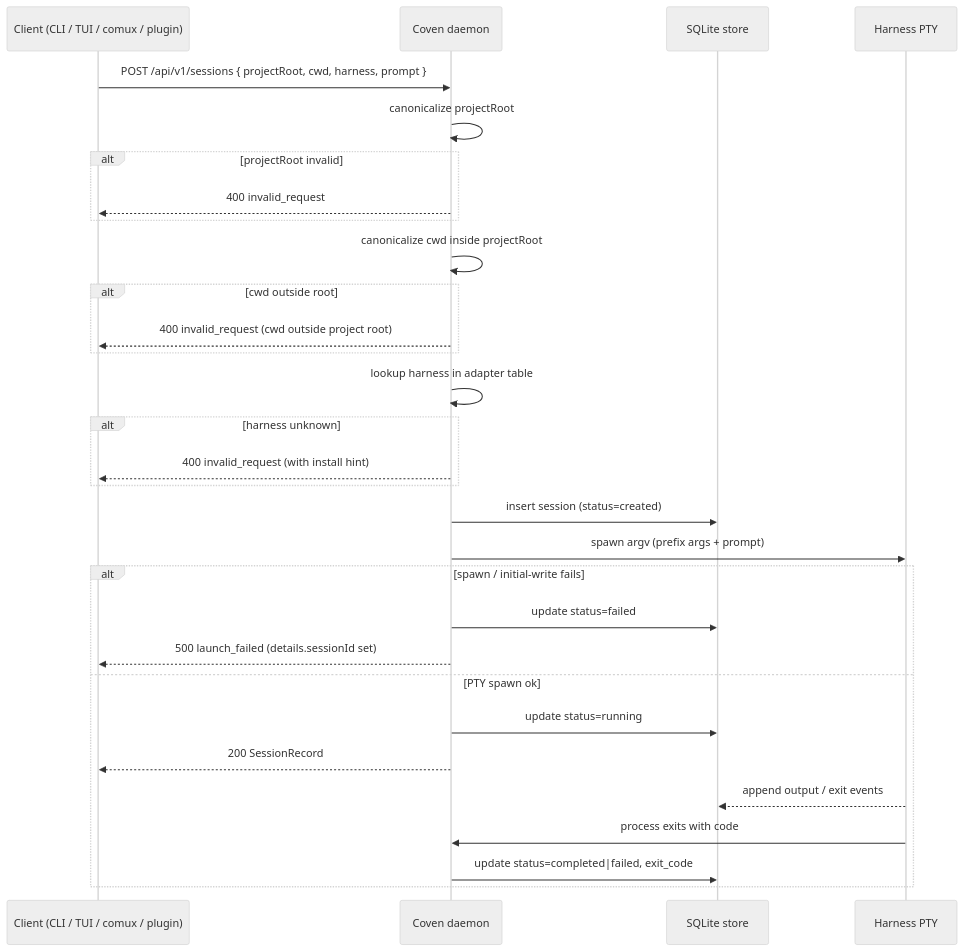
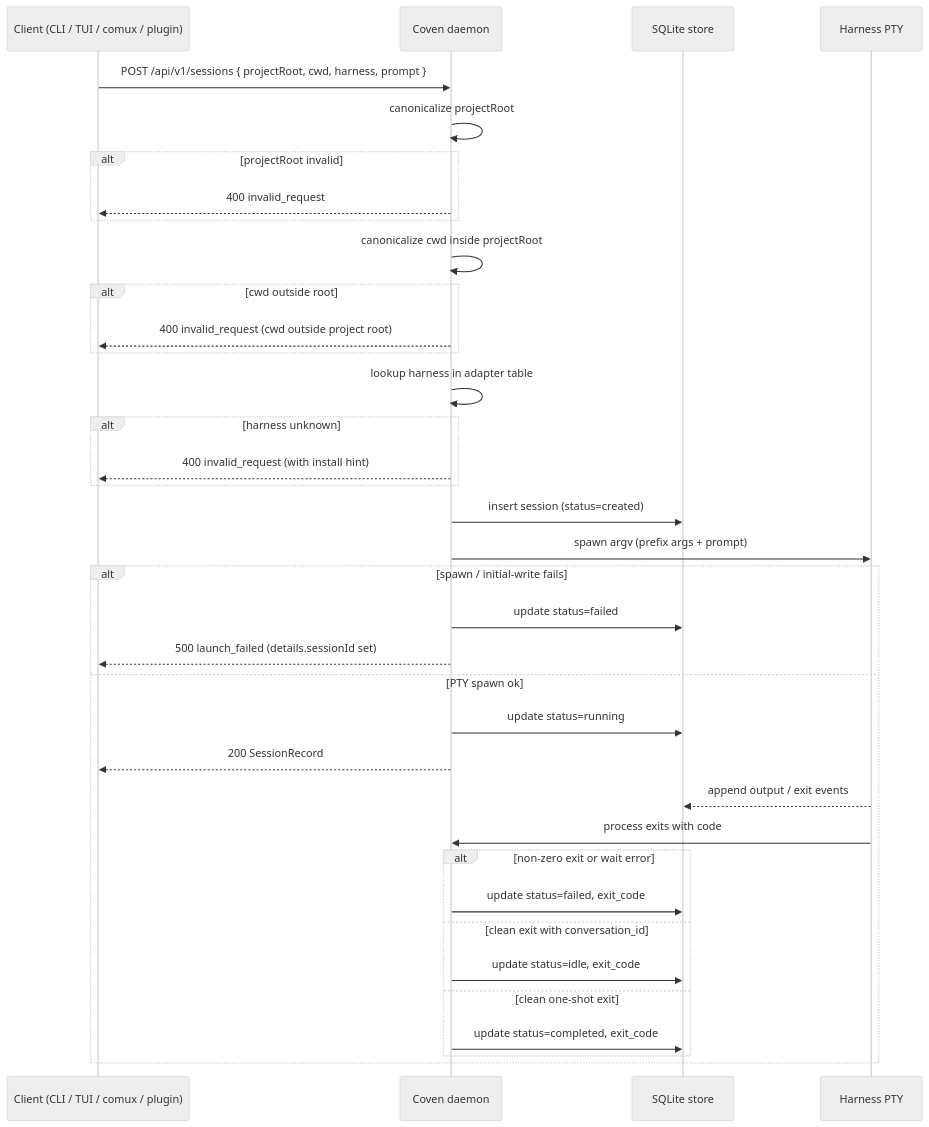
Before and after one commit to OpenCoven/coven: the second of 2 diagrams in docs/SESSION-LIFECYCLE.md, drawn with Mermaid (neutral theme).

Commit message:
docs(sessions): document three-way exit status

````diff
--- a/docs/SESSION-LIFECYCLE.md
+++ b/docs/SESSION-LIFECYCLE.md
@@ -79,33 +79,39 @@
 ```mermaid
 sequenceDiagram
   participant Client as Client (CLI / TUI / comux / plugin)
   participant Daemon as Coven daemon
   participant Store as SQLite store
   participant PTY as Harness PTY
 
   Client->>Daemon: POST /api/v1/sessions { projectRoot, cwd, harness, prompt }
   Daemon->>Daemon: canonicalize projectRoot
   alt projectRoot invalid
     Daemon-->>Client: 400 invalid_request
   end
   Daemon->>Daemon: canonicalize cwd inside projectRoot
   alt cwd outside root
     Daemon-->>Client: 400 invalid_request (cwd outside project root)
   end
   Daemon->>Daemon: lookup harness in adapter table
   alt harness unknown
     Daemon-->>Client: 400 invalid_request (with install hint)
   end
   Daemon->>Store: insert session (status=created)
   Daemon->>PTY: spawn argv (prefix args + prompt)
   alt spawn / initial-write fails
     Daemon->>Store: update status=failed
     Daemon-->>Client: 500 launch_failed (details.sessionId set)
   else PTY spawn ok
     Daemon->>Store: update status=running
     Daemon-->>Client: 200 SessionRecord
     PTY-->>Store: append output / exit events
     PTY->>Daemon: process exits with code
-    Daemon->>Store: update status=completed|failed, exit_code
+    alt non-zero exit or wait error
+      Daemon->>Store: update status=failed, exit_code
+    else clean exit with conversation_id
+      Daemon->>Store: update status=idle, exit_code
+    else clean one-shot exit
+      Daemon->>Store: update status=completed, exit_code
+    end
   end
 ```
````
